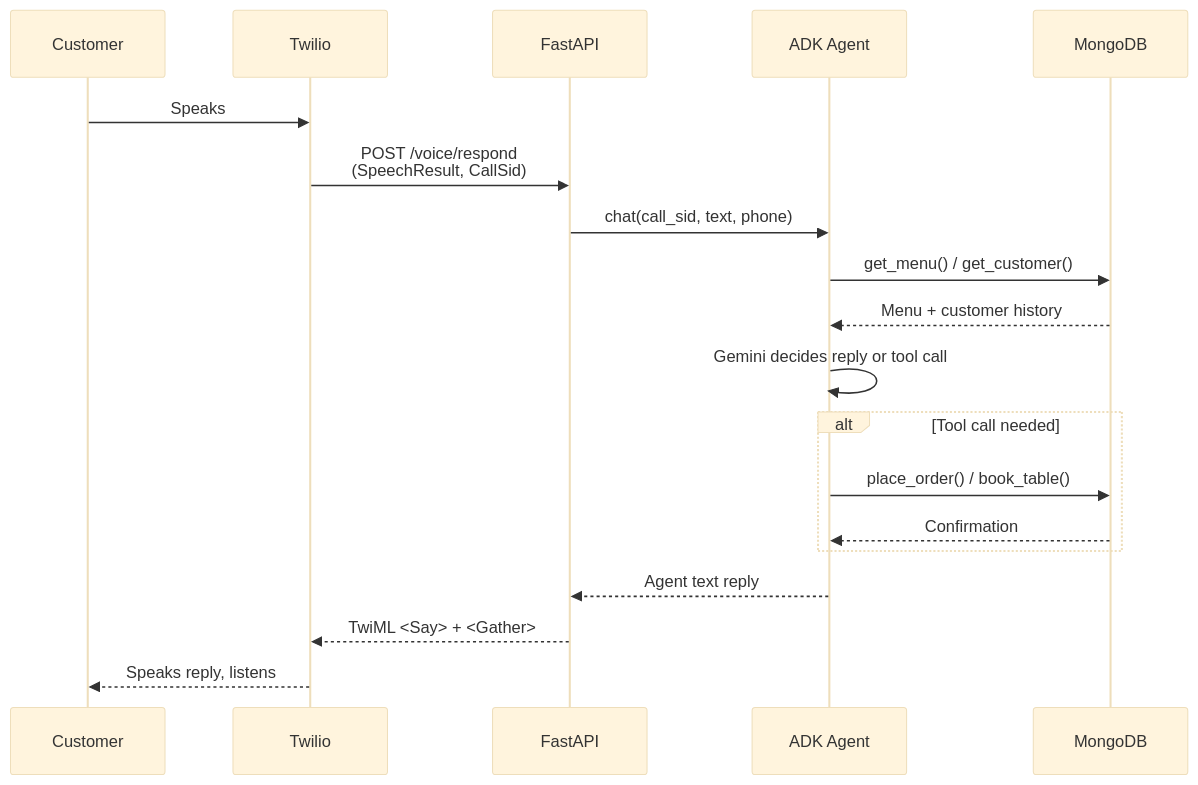
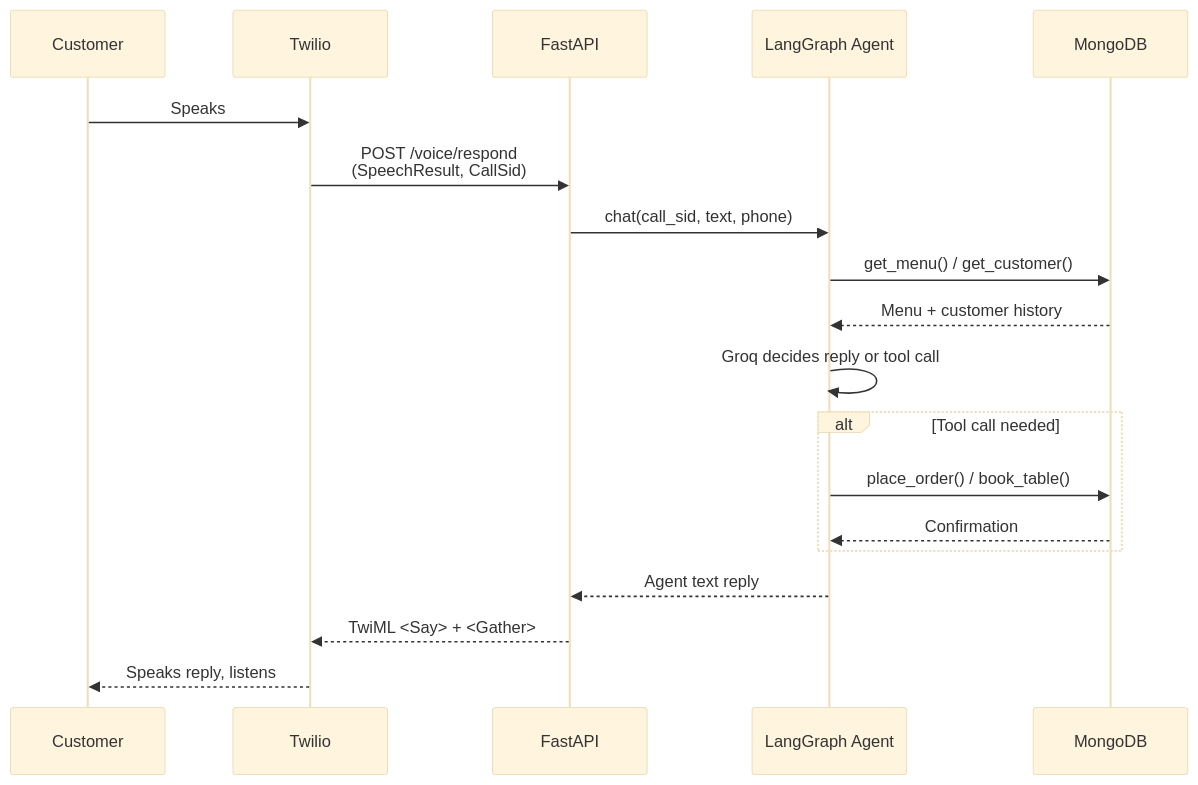
The second of 4 diagrams in README.md (Krishna-Rao-dev/Google_APL), drawn with Mermaid (base theme) before and after one commit. The commit also changed other lines of this file, not shown here.

````diff
--- a/README.md
+++ b/README.md
@@ -59,22 +59,22 @@
 ```mermaid
 sequenceDiagram
     participant C as Customer
     participant T as Twilio
     participant F as FastAPI
-    participant A as ADK Agent
+    participant A as LangGraph Agent
     participant DB as MongoDB
 
     C->>T: Speaks
     T->>F: POST /voice/respond<br/>(SpeechResult, CallSid)
     F->>A: chat(call_sid, text, phone)
     A->>DB: get_menu() / get_customer()
     DB-->>A: Menu + customer history
-    A->>A: Gemini decides reply or tool call
+    A->>A: Groq decides reply or tool call
     alt Tool call needed
         A->>DB: place_order() / book_table()
         DB-->>A: Confirmation
     end
     A-->>F: Agent text reply
     F-->>T: TwiML <Say> + <Gather>
     T-->>C: Speaks reply, listens
 ```
````
